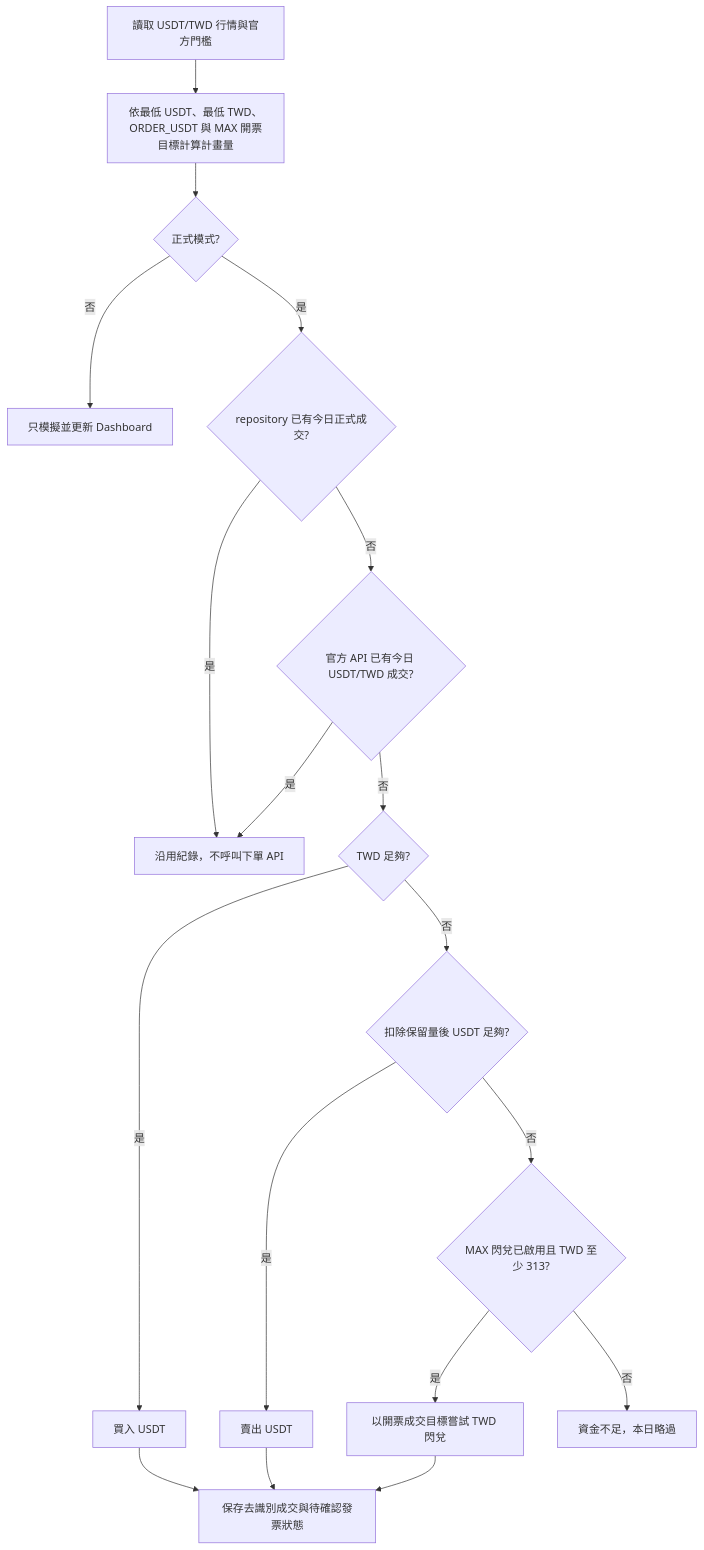
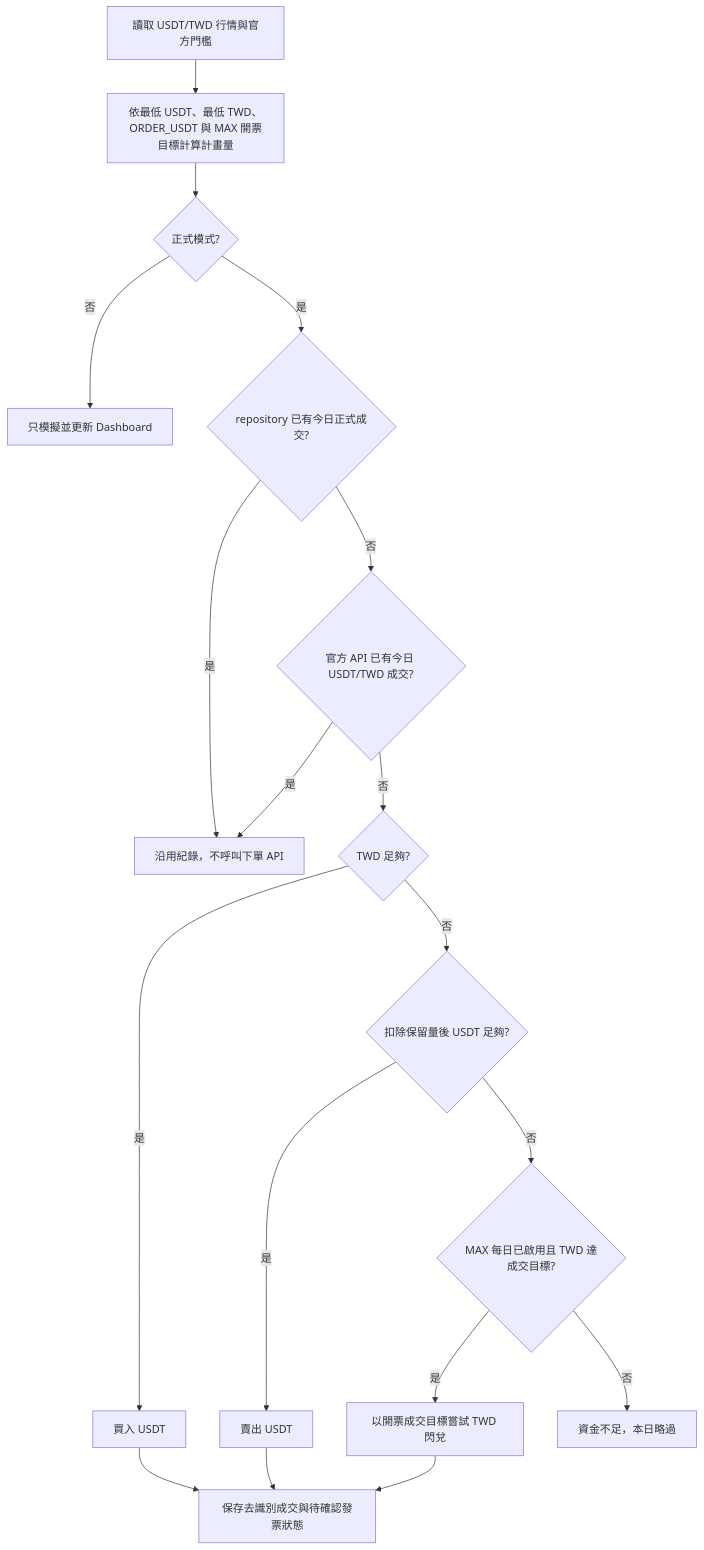
One commit to ChiJiun/usdt-invoice-pulse changed the diagram in README.md. Above: the diagram before and after it, drawn with Mermaid. The commit also changed other lines of this file and 7 other files, not shown here.

Commit message:
feat: one-time MAX 625 TWD test with daily trading paused

````diff
--- a/README.md
+++ b/README.md
@@ -126,20 +135,20 @@
 ```mermaid
 flowchart TD
   A[讀取 USDT/TWD 行情與官方門檻] --> B[依最低 USDT、最低 TWD、ORDER_USDT 與 MAX 開票目標計算計畫量]
   B --> C{正式模式?}
   C -->|否| D[只模擬並更新 Dashboard]
   C -->|是| E{repository 已有今日正式成交?}
   E -->|是| F[沿用紀錄，不呼叫下單 API]
   E -->|否| G{官方 API 已有今日 USDT/TWD 成交?}
   G -->|是| F
   G -->|否| H{TWD 足夠?}
   H -->|是| I[買入 USDT]
   H -->|否| J{扣除保留量後 USDT 足夠?}
   J -->|是| K[賣出 USDT]
-  J -->|否| L{MAX 閃兌已啟用且 TWD 至少 313?}
+  J -->|否| L{MAX 每日已啟用且 TWD 達成交目標?}
   L -->|是| M[以開票成交目標嘗試 TWD 閃兌]
   L -->|否| N[資金不足，本日略過]
   I --> O[保存去識別成交與待確認發票狀態]
   K --> O
   M --> O
 ```
````
